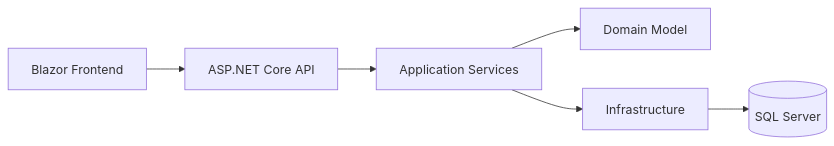
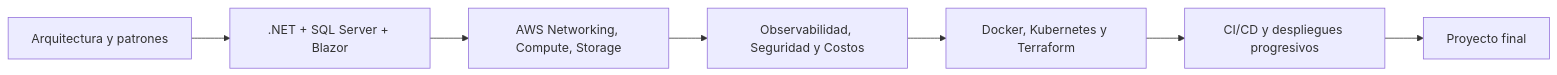
The diagram in README.md (johans08/Curso-Arquitectura-de-Software-y-CloudOps), drawn with Mermaid before and after one commit. The commit also changed other lines of this file and 189 other files, not shown here.

````diff
--- a/README.md
+++ b/README.md
@@ -171,15 +86,9 @@
 ```mermaid
 flowchart LR
-    UI[Blazor Frontend]
-    API[ASP.NET Core API]
-    APP[Application Services]
-    DOMAIN[Domain Model]
-    INFRA[Infrastructure]
-    DB[(SQL Server)]
-
-    UI --> API
-    API --> APP
-    APP --> DOMAIN
-    APP --> INFRA
-    INFRA --> DB
+    A[Arquitectura y patrones] --> B[.NET + SQL Server + Blazor]
+    B --> C[AWS Networking, Compute, Storage]
+    C --> D[Observabilidad, Seguridad y Costos]
+    D --> E[Docker, Kubernetes y Terraform]
+    E --> F[CI/CD y despliegues progresivos]
+    F --> G[Proyecto final]
 ```
````
